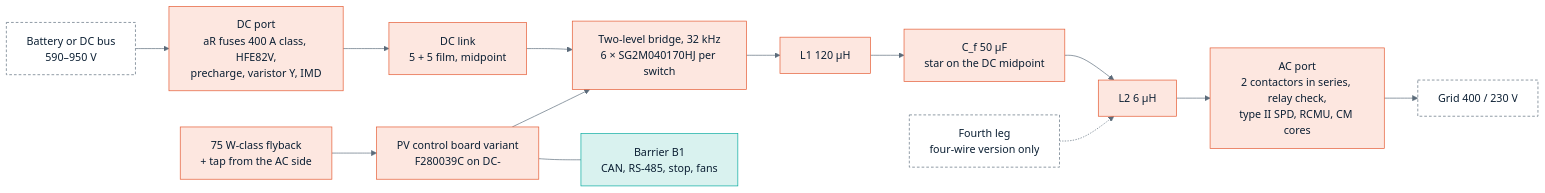
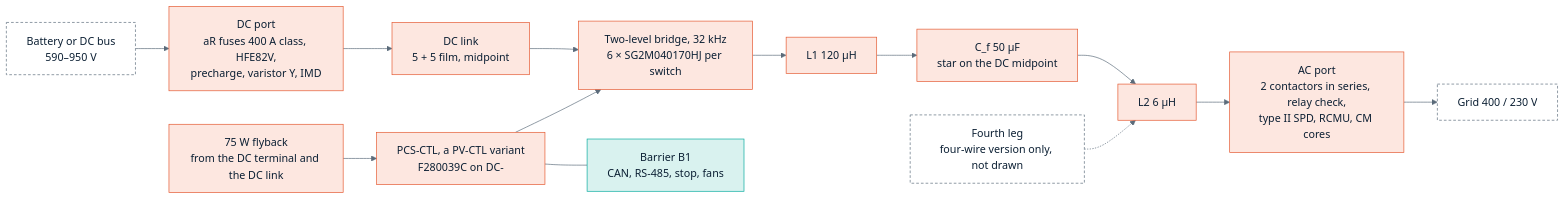
The second of 2 diagrams in docs/guide/09-pcs-p125.md (vectivolt/PCM), drawn with Mermaid before and after one commit. The commit also changed other lines of this file and 13 other files, not shown here.

````diff
--- a/docs/guide/09-pcs-p125.md
+++ b/docs/guide/09-pcs-p125.md
@@ -136,19 +239,19 @@
 ```mermaid
 %%{init: {"theme": "base", "themeVariables": {"primaryColor": "#EEF3F7", "primaryBorderColor": "#0B1F33", "primaryTextColor": "#0B1F33", "lineColor": "#5B6B7A", "secondaryColor": "#D9F2EF", "tertiaryColor": "#FFF4D6", "fontFamily": "Inter, Helvetica, Arial, sans-serif"}}}%%
 flowchart LR
     BAT["Battery or DC bus<br/>590–950 V"]:::ext --> DCP["DC port<br/>aR fuses 400 A class, HFE82V,<br/>precharge, varistor Y, IMD"]:::live
     DCP --> LINK["DC link<br/>5 + 5 film, midpoint"]:::live
     LINK --> BR["Two-level bridge, 32 kHz<br/>6 × SG2M040170HJ per switch"]:::live
     BR --> L1["L1 120 µH"]:::live
     L1 --> CF["C_f 50 µF<br/>star on the DC midpoint"]:::live
     CF --> L2["L2 6 µH"]:::live
     L2 --> ACP["AC port<br/>2 contactors in series, relay check,<br/>type II SPD, RCMU, CM cores"]:::live
     ACP --> GRID["Grid 400 / 230 V"]:::ext
-    CTL["PV control board variant<br/>F280039C on DC-"]:::live --> BR
-    AUX["75 W-class flyback<br/>+ tap from the AC side"]:::live --> CTL
+    CTL["PCS-CTL, a PV-CTL variant<br/>F280039C on DC-"]:::live --> BR
+    AUX["75 W flyback<br/>from the DC terminal and the DC link"]:::live --> CTL
     CTL --- B1["Barrier B1<br/>CAN, RS-485, stop, fans"]:::selv
-    N4["Fourth leg<br/>four-wire version only"]:::ext -.-> L2
+    N4["Fourth leg<br/>four-wire version only, not drawn"]:::ext -.-> L2
     classDef live fill:#FDE7E0,stroke:#E4572E,color:#0B1F33
     classDef selv fill:#D9F2EF,stroke:#00A99D,color:#0B1F33
     classDef ext fill:#FFFFFF,stroke:#5B6B7A,stroke-dasharray:4 3
 ```
````
